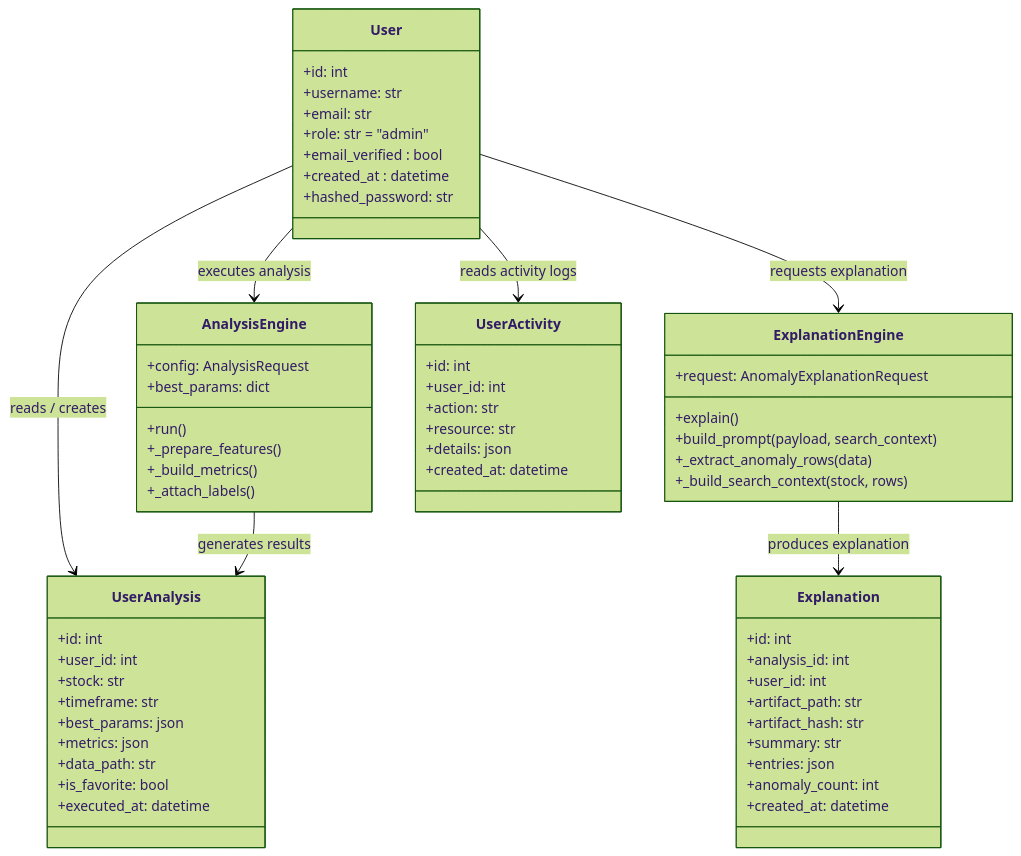
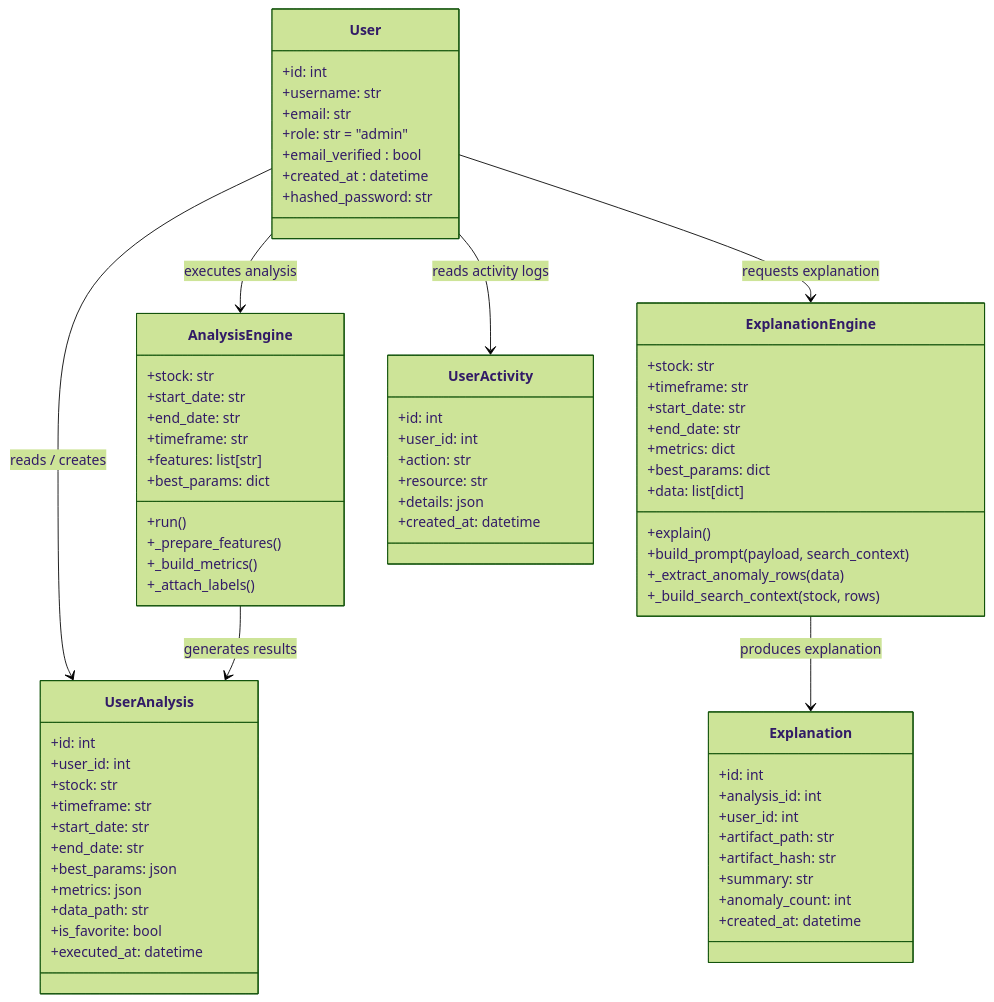
One commit to rey-tan/Anomaly-Detection changed the fourth of 12 diagrams in AnomalyEngine/docs/DIAGRAMS.md. Above: the diagram before and after it, drawn with Mermaid (forest theme). The commit also changed other lines of this file and 98 other files, not shown here.

Commit message:
finish diagramming

```diff
--- a/AnomalyEngine/docs/DIAGRAMS.md
+++ b/AnomalyEngine/docs/DIAGRAMS.md
@@ -195,8 +205,12 @@
         +hashed_password: str
     }
 
-    class AnalysisEngine {
-        +config: AnalysisRequest
+     class AnalysisEngine {
+        +stock: str
+        +start_date: str
+        +end_date: str
+        +timeframe: str
+        +features: list[str]
         +best_params: dict
         +run()
         +_prepare_features()
@@ -205,7 +219,13 @@
     }
 
     class ExplanationEngine {
-        +request: AnomalyExplanationRequest
+        +stock: str
+        +timeframe: str
+        +start_date: str
+        +end_date: str
+        +metrics: dict
+        +best_params: dict
+        +data: list[dict]
         +explain()
         +build_prompt(payload, search_context)
         +_extract_anomaly_rows(data)
@@ -217,6 +237,8 @@
         +user_id: int
         +stock: str
         +timeframe: str
+        +start_date: str
+        +end_date: str
         +best_params: json
         +metrics: json
         +data_path: str
@@ -231,7 +253,6 @@
         +artifact_path: str
         +artifact_hash: str
         +summary: str
-        +entries: json
         +anomaly_count: int
         +created_at: datetime
     }
```
